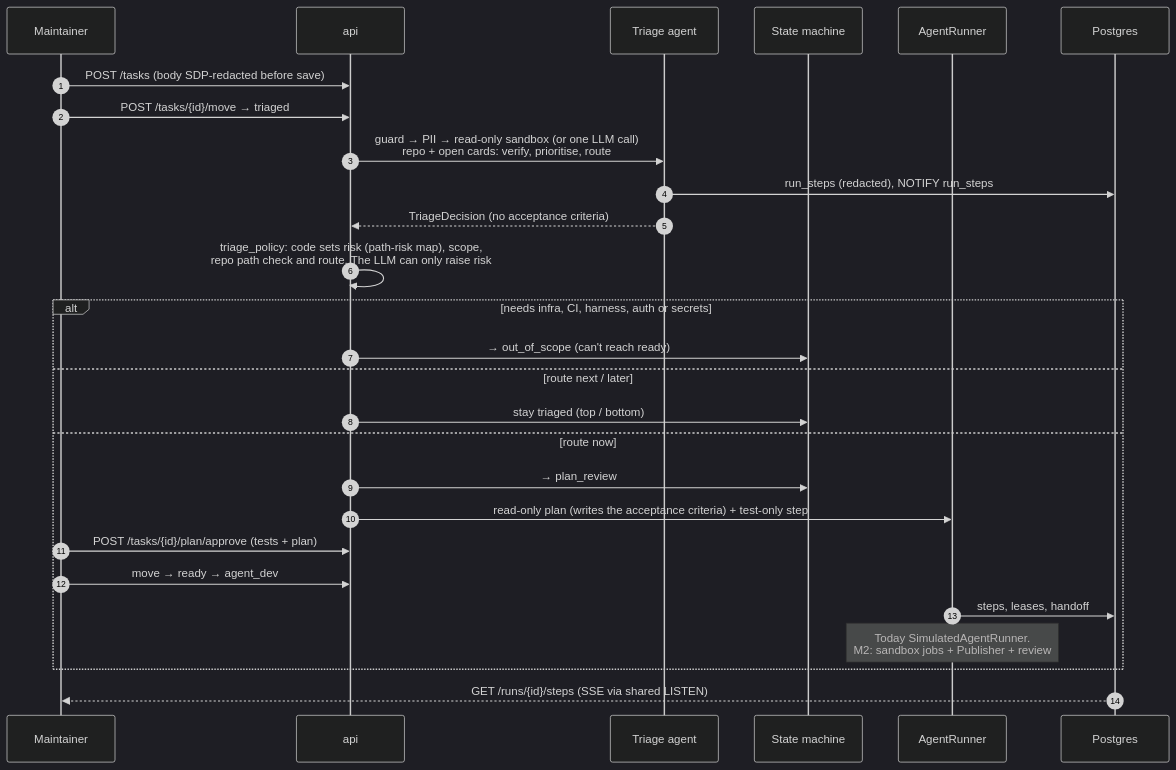
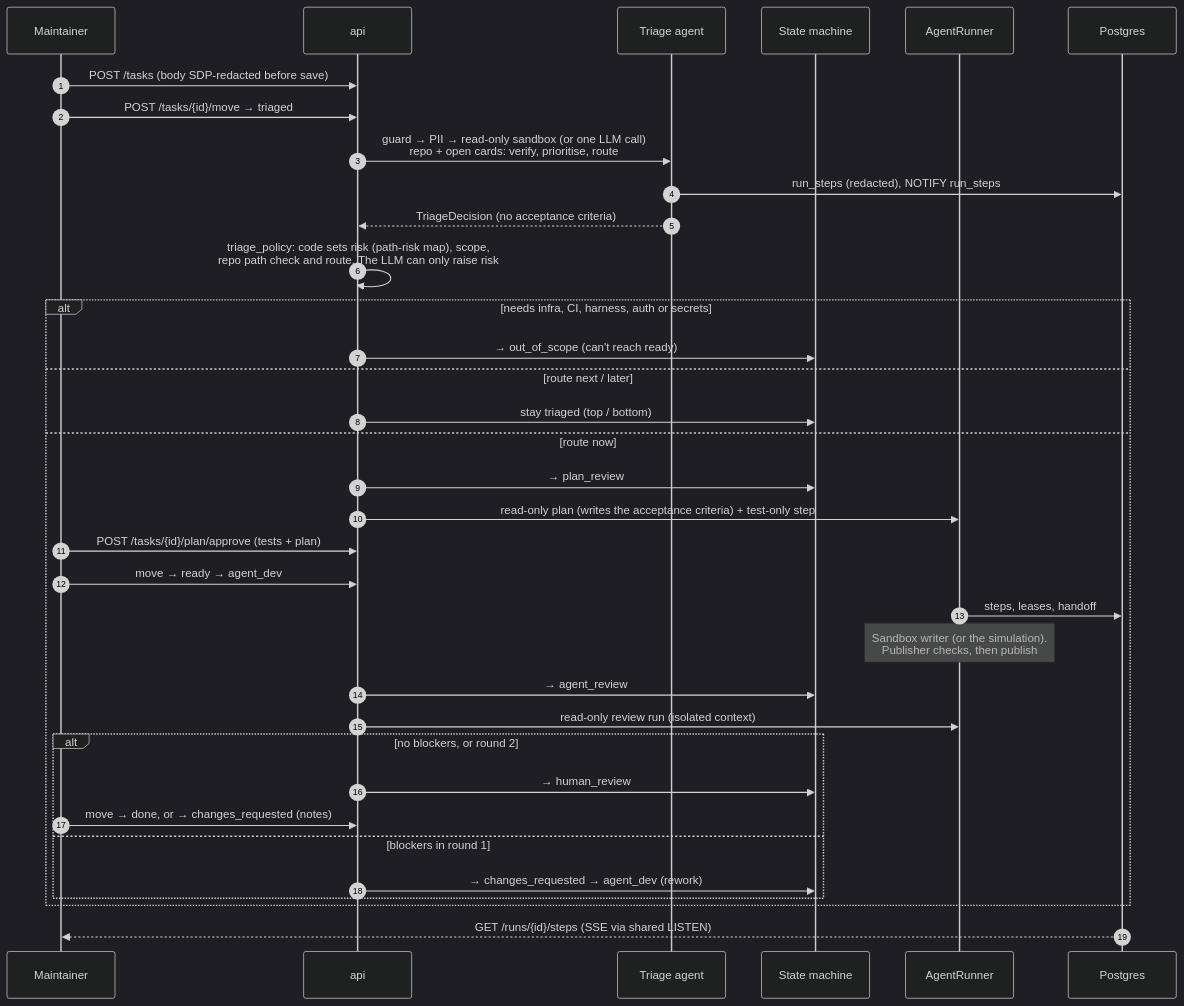
Before and after one commit to ed-laurence/job-radar: the fourth of 5 diagrams in docs/architecture.md, drawn with Mermaid (dark theme). The commit also changed other lines of this file and 110 other files, not shown here.

First line of the commit message:
Dev board: agent review, Publisher checks, GitHub PRs

````diff
--- a/docs/architecture.md
+++ b/docs/architecture.md
@@ -300,30 +339,38 @@
 ```mermaid
 sequenceDiagram
     autonumber
     participant M as Maintainer
     participant A as api
     participant T as Triage agent
     participant SM as State machine
     participant R as AgentRunner
     participant DB as Postgres
 
     M->>A: POST /tasks (body SDP-redacted before save)
     M->>A: POST /tasks/{id}/move → triaged
     A->>T: guard → PII → read-only sandbox (or one LLM call)<br/>repo + open cards: verify, prioritise, route
     T->>DB: run_steps (redacted), NOTIFY run_steps
     T-->>A: TriageDecision (no acceptance criteria)
     A->>A: triage_policy: code sets risk (path-risk map), scope,<br/>repo path check and route. The LLM can only raise risk
     alt needs infra, CI, harness, auth or secrets
         A->>SM: → out_of_scope (can't reach ready)
     else route next / later
         A->>SM: stay triaged (top / bottom)
     else route now
         A->>SM: → plan_review
         A->>R: read-only plan (writes the acceptance criteria) + test-only step
         M->>A: POST /tasks/{id}/plan/approve (tests + plan)
         M->>A: move → ready → agent_dev
         R->>DB: steps, leases, handoff
-        Note over R: Today SimulatedAgentRunner.<br/>M2: sandbox jobs + Publisher + review
+        Note over R: Sandbox writer (or the simulation).<br/>Publisher checks, then publish
+        A->>SM: → agent_review
+        A->>R: read-only review run (isolated context)
+        alt no blockers, or round 2
+            A->>SM: → human_review
+            M->>A: move → done, or → changes_requested (notes)
+        else blockers in round 1
+            A->>SM: → changes_requested → agent_dev (rework)
+        end
     end
     DB-->>M: GET /runs/{id}/steps (SSE via shared LISTEN)
 ```
````
